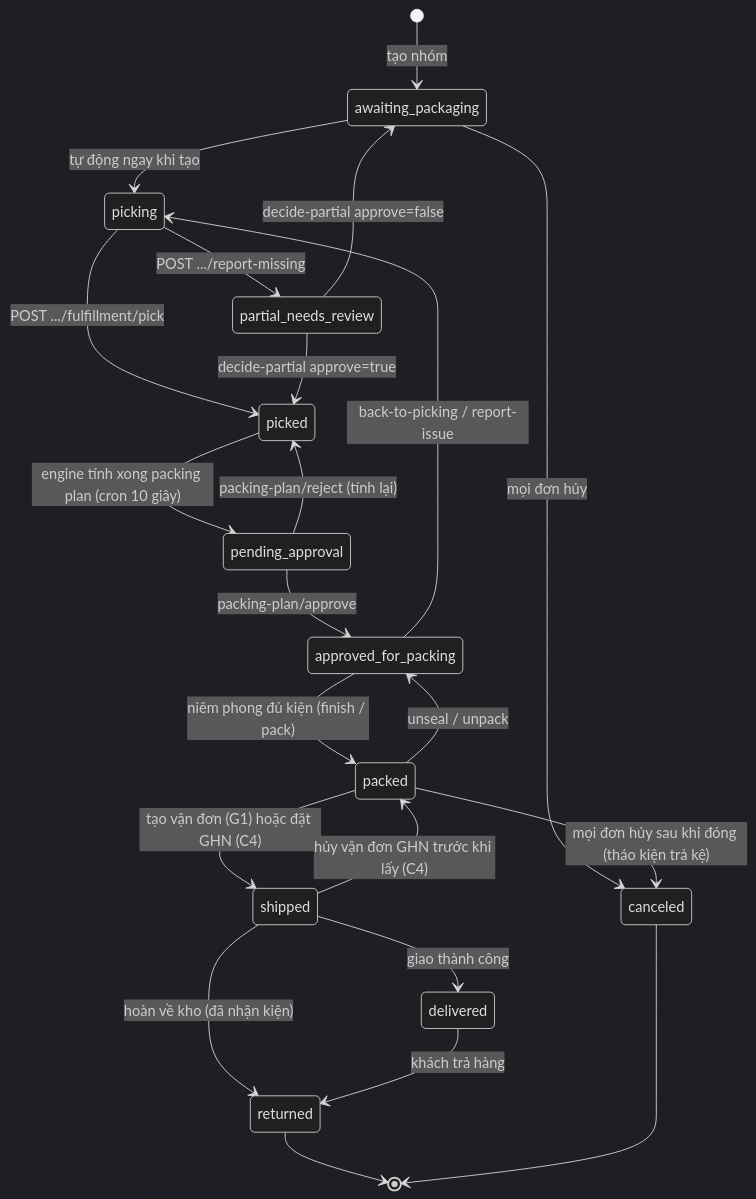
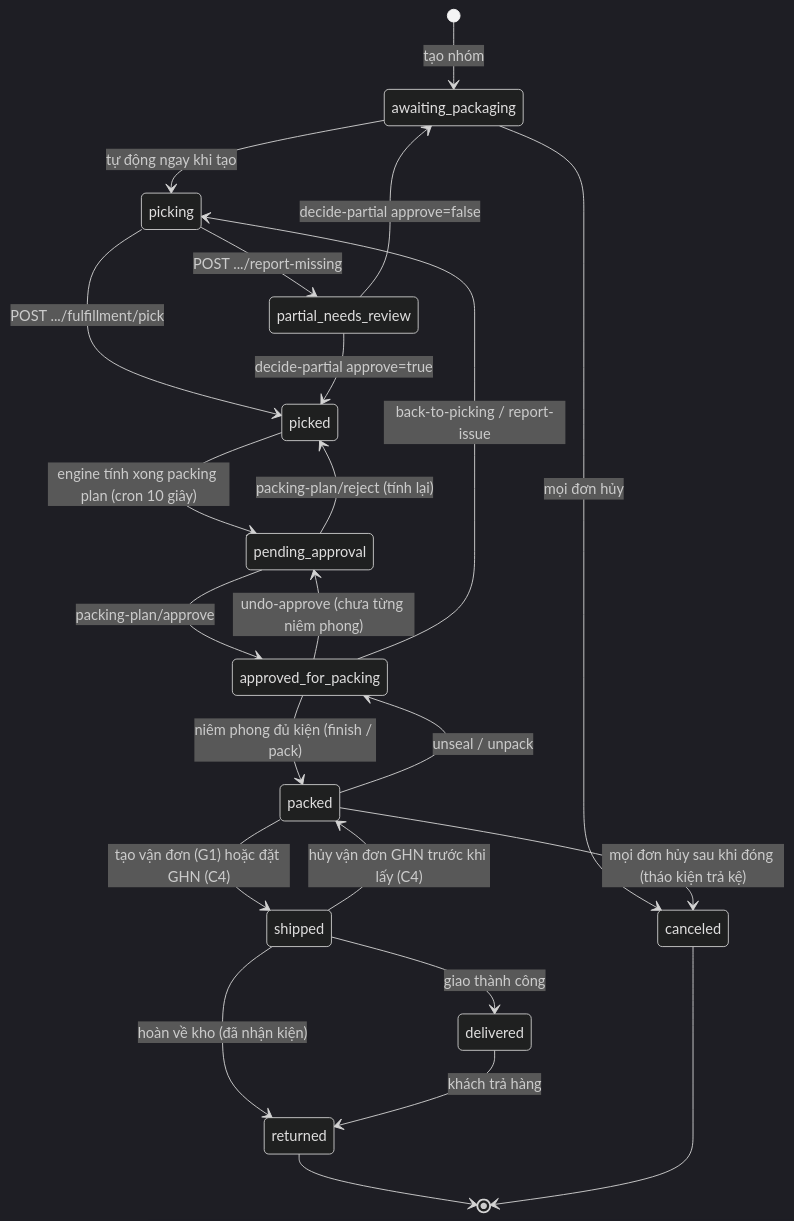
One commit to ThuaanNguyeen111/OptiPackAI changed the fourth of 8 diagrams in GUIDE_DOC/BE_SPEC/06_LUONG_NGHIEP_VU.md. Above: the diagram before and after it, drawn with Mermaid (dark theme). The commit also changed other lines of this file and 14 other files, not shown here.

````diff
--- a/GUIDE_DOC/BE_SPEC/06_LUONG_NGHIEP_VU.md
+++ b/GUIDE_DOC/BE_SPEC/06_LUONG_NGHIEP_VU.md
@@ -130,24 +130,25 @@
 ```mermaid
 stateDiagram-v2
     [*] --> awaiting_packaging: tạo nhóm
     awaiting_packaging --> picking: tự động ngay khi tạo
     picking --> picked: POST .../fulfillment/pick
     picking --> partial_needs_review: POST .../report-missing
     partial_needs_review --> picked: decide-partial approve=true
     partial_needs_review --> awaiting_packaging: decide-partial approve=false
     picked --> pending_approval: engine tính xong packing plan (cron 10 giây)
     pending_approval --> approved_for_packing: packing-plan/approve
+    approved_for_packing --> pending_approval: undo-approve (chưa từng niêm phong)
     pending_approval --> picked: packing-plan/reject (tính lại)
     approved_for_packing --> picking: back-to-picking / report-issue
     approved_for_packing --> packed: niêm phong đủ kiện (finish / pack)
     packed --> approved_for_packing: unseal / unpack
     packed --> shipped: tạo vận đơn (G1) hoặc đặt GHN (C4)
     shipped --> packed: hủy vận đơn GHN trước khi lấy (C4)
     shipped --> delivered: giao thành công
     shipped --> returned: hoàn về kho (đã nhận kiện)
     delivered --> returned: khách trả hàng
     awaiting_packaging --> canceled: mọi đơn hủy
     packed --> canceled: mọi đơn hủy sau khi đóng (tháo kiện trả kệ)
     returned --> [*]
     canceled --> [*]
 ```
````
